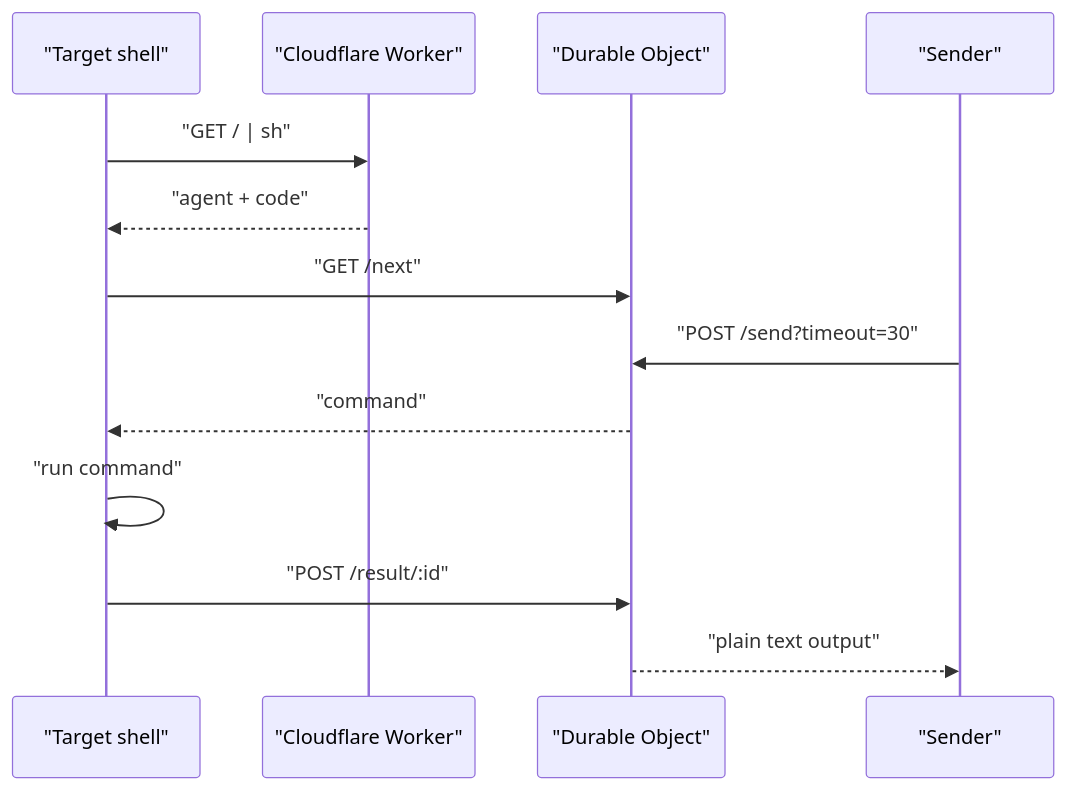
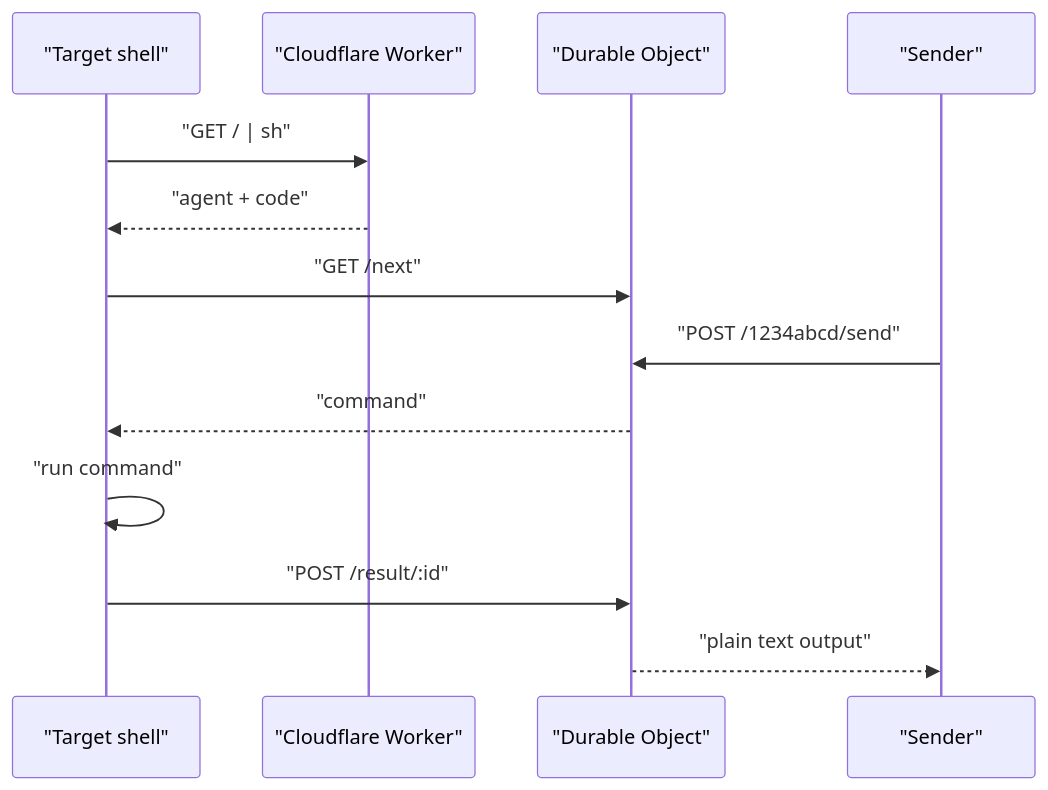
The diagram in README.md (Stoffbergie/shell-over-edge), drawn with Mermaid before and after one commit. The commit also changed other lines of this file and 15 other files, not shown here.

````diff
--- a/README.md
+++ b/README.md
@@ -65,16 +71,16 @@
 ```mermaid
 sequenceDiagram
     participant Target as "Target shell"
     participant Worker as "Cloudflare Worker"
     participant Bridge as "Durable Object"
     participant Sender as "Sender"
 
     Target->>Worker: "GET / | sh"
     Worker-->>Target: "agent + code"
     Target->>Bridge: "GET /next"
-    Sender->>Bridge: "POST /send?timeout=30"
+    Sender->>Bridge: "POST /1234abcd/send"
     Bridge-->>Target: "command"
     Target->>Target: "run command"
     Target->>Bridge: "POST /result/:id"
     Bridge-->>Sender: "plain text output"
 ```
````
